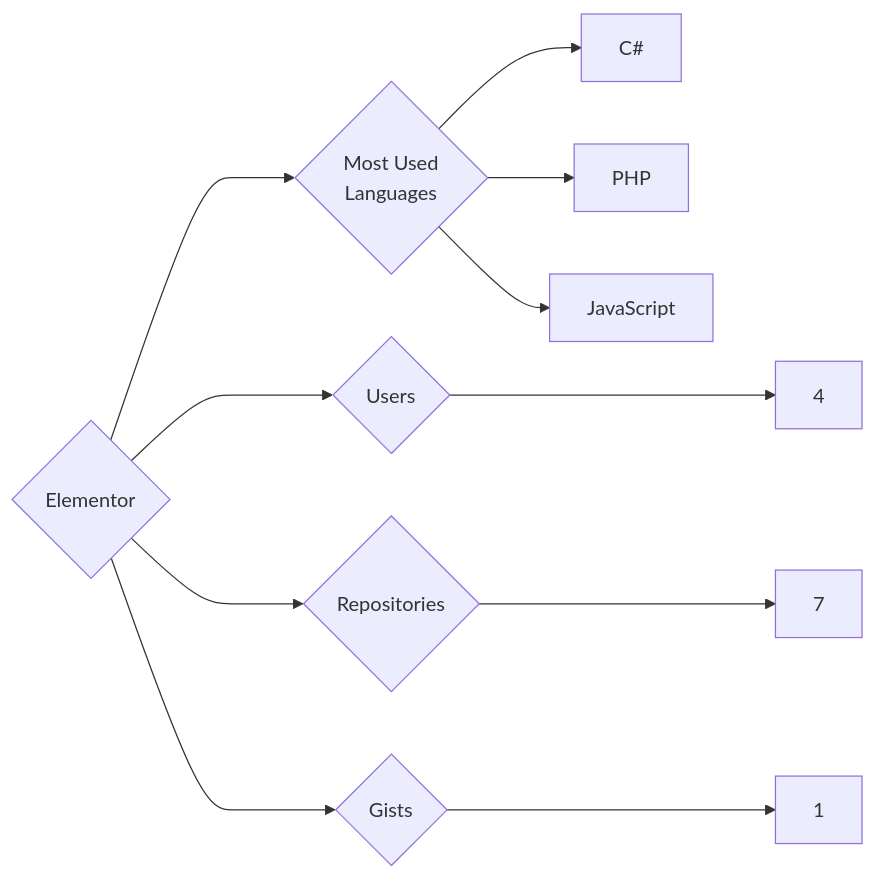
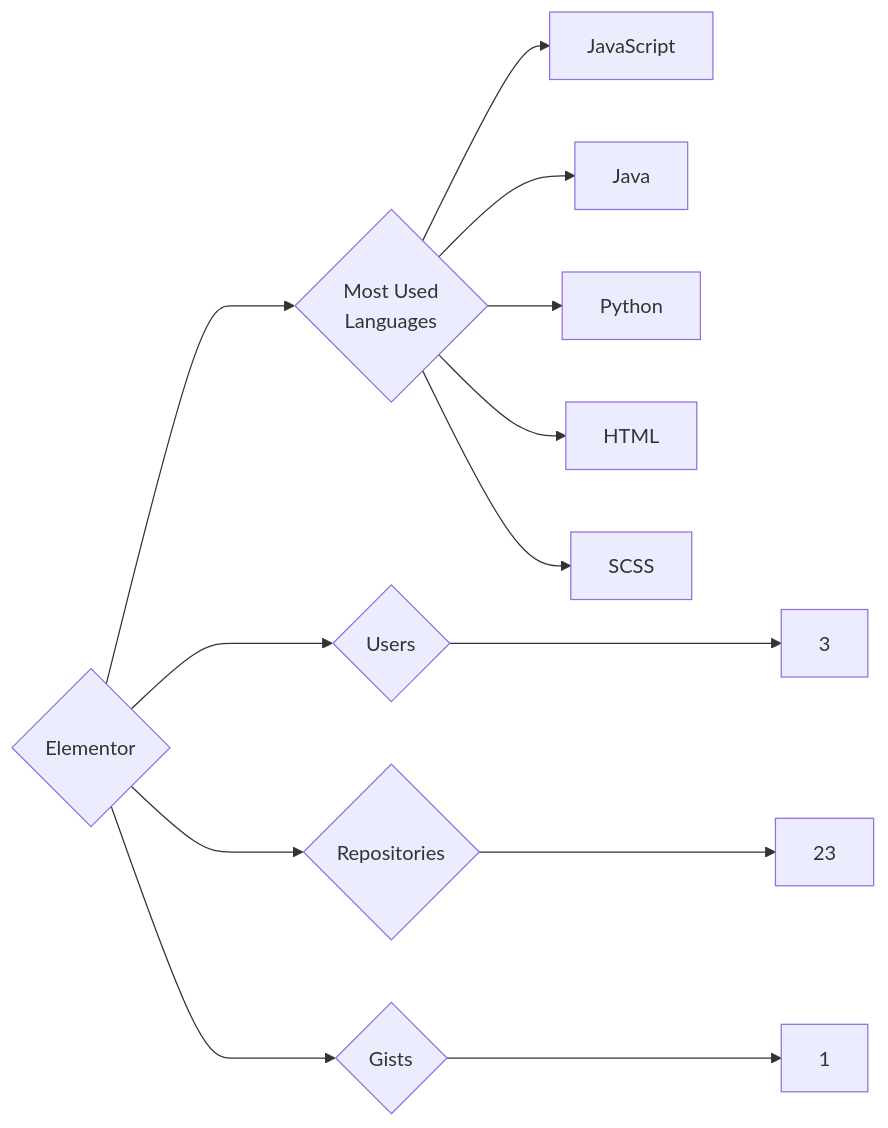
The diagram in targets/Elementor/README.md (trickest/insiders), drawn with Mermaid before and after one commit. The commit also changed 880 other files, not shown here.

````diff
--- a/targets/Elementor/README.md
+++ b/targets/Elementor/README.md
@@ -3,11 +3,13 @@
 ```mermaid
 graph LR
 COMPANY_NAME{Elementor}
-COMPANY_NAME ---> U{Users} ---> UN[4]
-COMPANY_NAME ---> R{Repositories} ---> RN[7]
+COMPANY_NAME ---> U{Users} ---> UN[3]
+COMPANY_NAME ---> R{Repositories} ---> RN[23]
 COMPANY_NAME ---> G{Gists} ---> GN[1]
 COMPANY_NAME ---> ML{Most Used<br>Languages}
-ML --> C#[C#]
-ML --> PHP[PHP]
 ML --> JavaScript[JavaScript]
+ML --> Java[Java]
+ML --> Python[Python]
+ML --> HTML[HTML]
+ML --> SCSS[SCSS]
 ```
````
